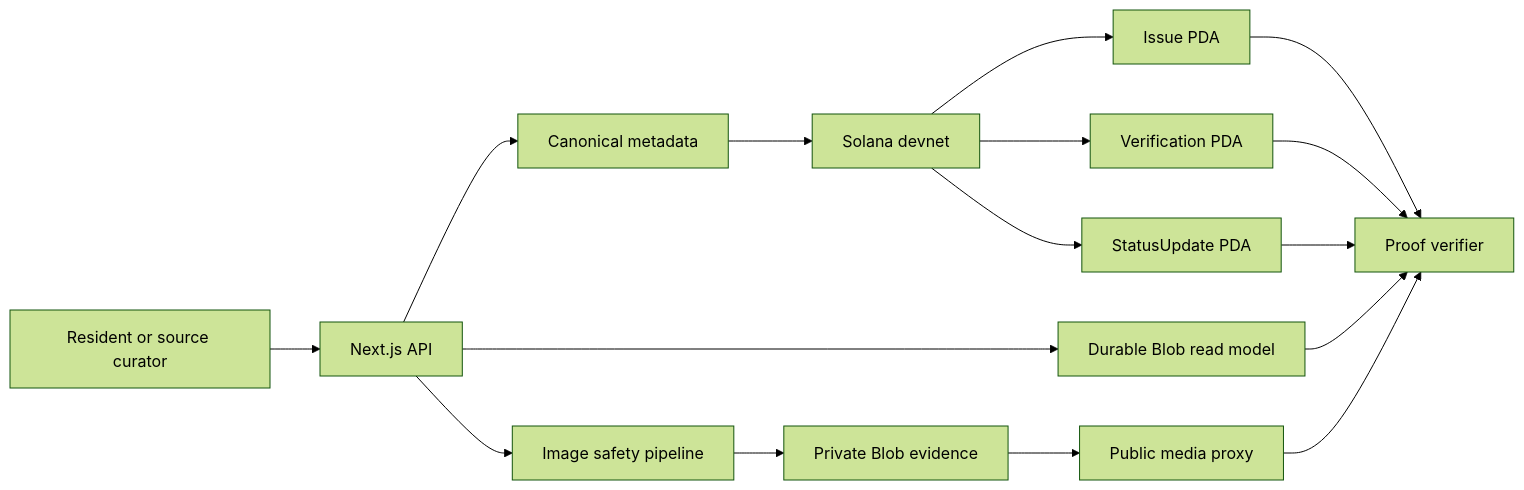
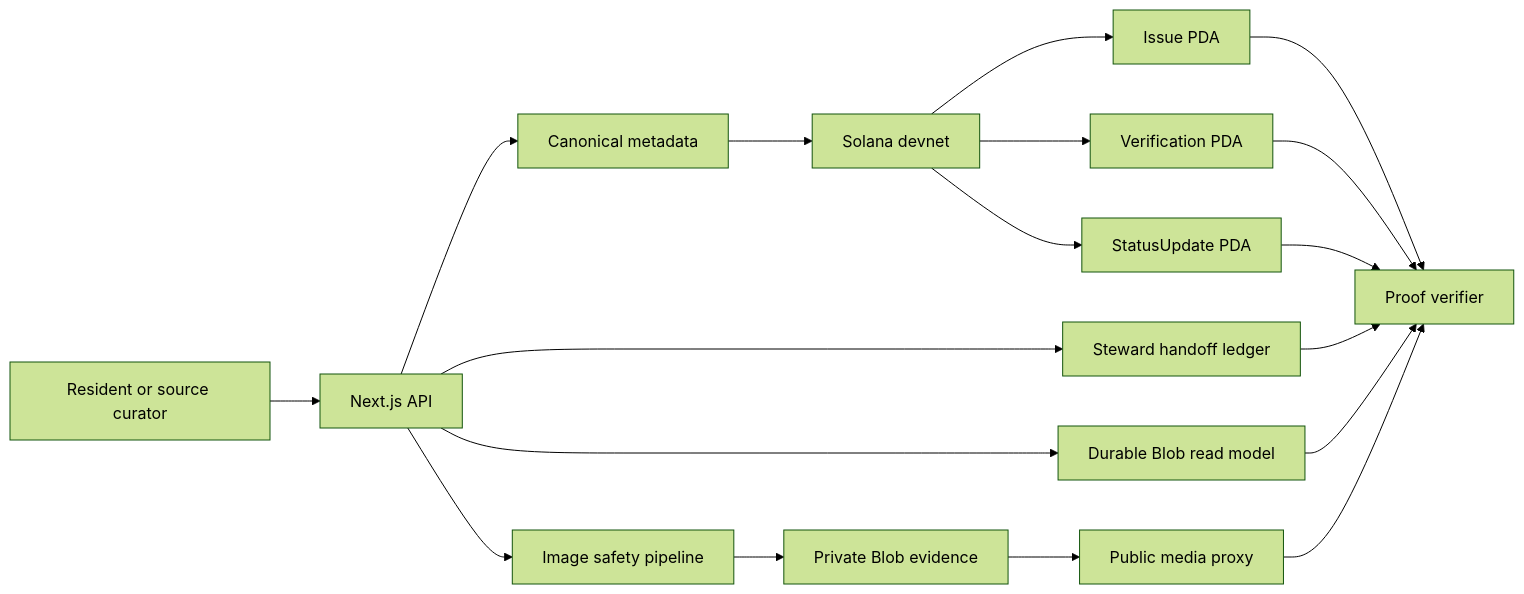
One commit to dantwoashim/Nagarik_Signals changed the diagram in README.md. Above: the diagram before and after it, drawn with Mermaid (forest theme). The commit also changed other lines of this file and 29 other files, not shown here.

````diff
--- a/README.md
+++ b/README.md
@@ -54,18 +54,20 @@
 ```mermaid
 flowchart LR
     A[Resident or source curator] --> B[Next.js API]
     B --> C[Image safety pipeline]
     C --> D[Private Blob evidence]
     B --> E[Canonical metadata]
     E --> F[Solana devnet]
     F --> G[Issue PDA]
     F --> H[Verification PDA]
     F --> I[StatusUpdate PDA]
     B --> J[Durable Blob read model]
+    B --> M[Steward handoff ledger]
     D --> K[Public media proxy]
     G --> L[Proof verifier]
     H --> L
     I --> L
+    M --> L
     J --> L
     K --> L
 ```
````
